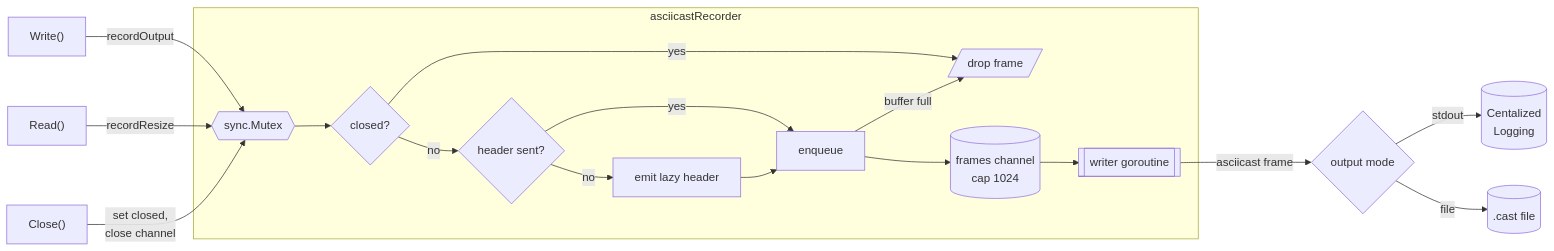
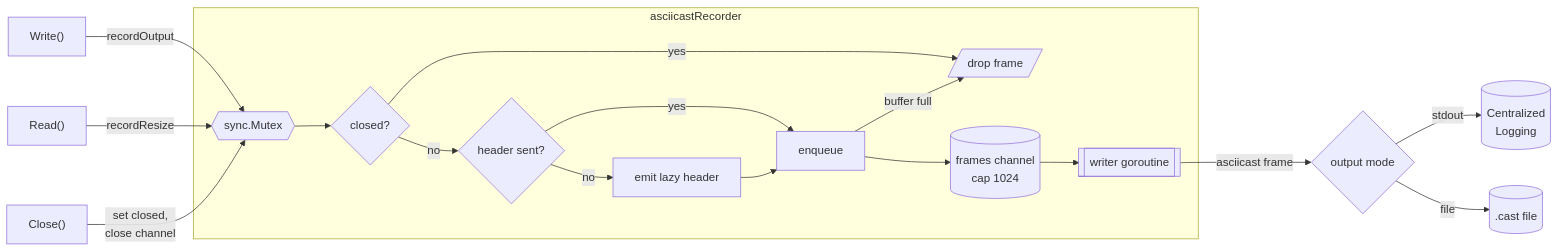
One commit to n888/argo-cd changed the second of 2 diagrams in docs/proposals/terminal-session-recording.md. Above: the diagram before and after it, drawn with Mermaid. The commit also changed other lines of this file, not shown here.

````diff
--- a/docs/proposals/terminal-session-recording.md
+++ b/docs/proposals/terminal-session-recording.md
@@ -55,23 +55,23 @@
 ```mermaid
 flowchart LR
     Write["Write()"] -->|recordOutput| Mutex
     Read["Read()"] -->|recordResize| Mutex
     Close["Close()"] -->|set closed,<br/>close channel| Mutex
 
     subgraph Rec[asciicastRecorder]
         Mutex{{sync.Mutex}}
         Mutex --> Closed{closed?}
         Closed -->|yes| Drop[/drop frame/]
         Closed -->|no| Header{header sent?}
         Header -->|no| Emit[emit lazy header]
         Header -->|yes| Enqueue[enqueue]
         Emit --> Enqueue
         Enqueue -->|buffer full| Drop
         Enqueue --> Ch[("frames channel<br/>cap 1024")]
         Ch --> Writer[[writer goroutine]]
     end
 
     Writer -->|asciicast frame| Mode{output mode}
-    Mode -->|stdout| Log[(Centalized<br>Logging)]
+    Mode -->|stdout| Log[("Centralized<br/>Logging")]
     Mode -->|file| Cast[(".cast file")]
 ```
````
